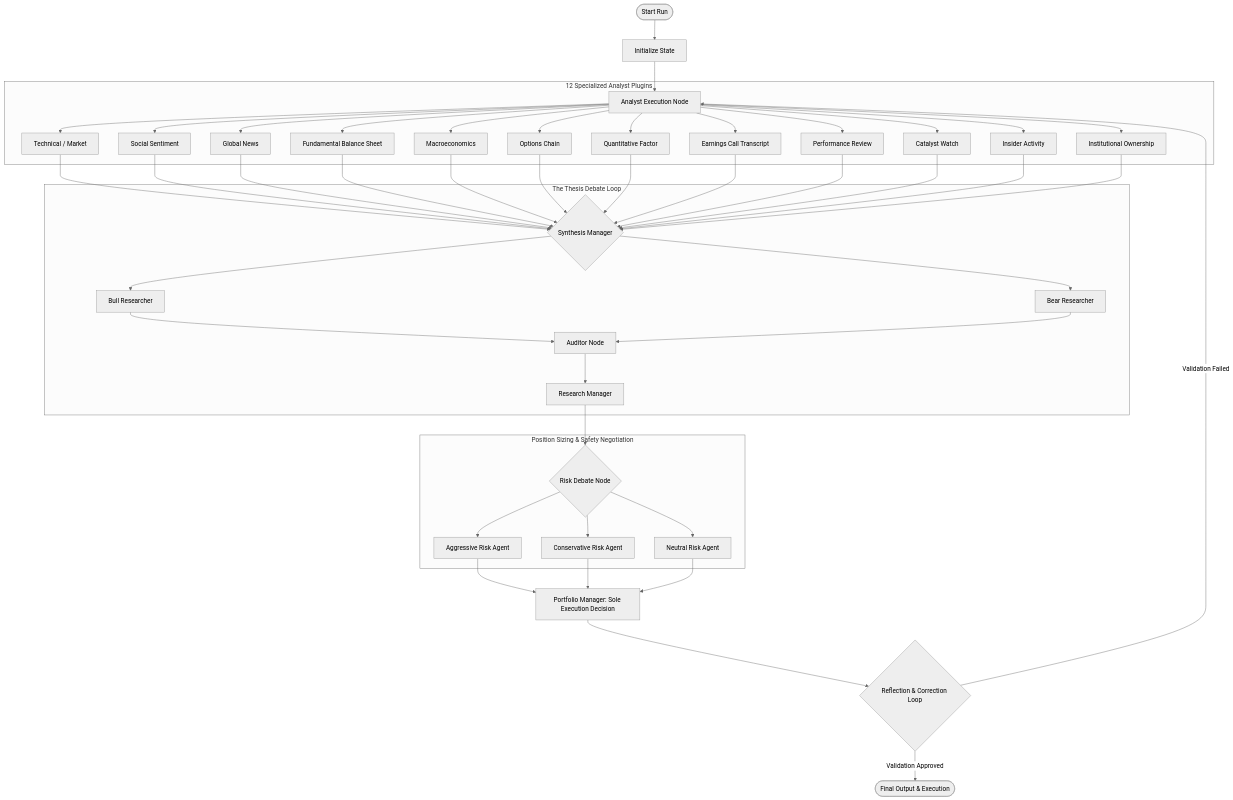
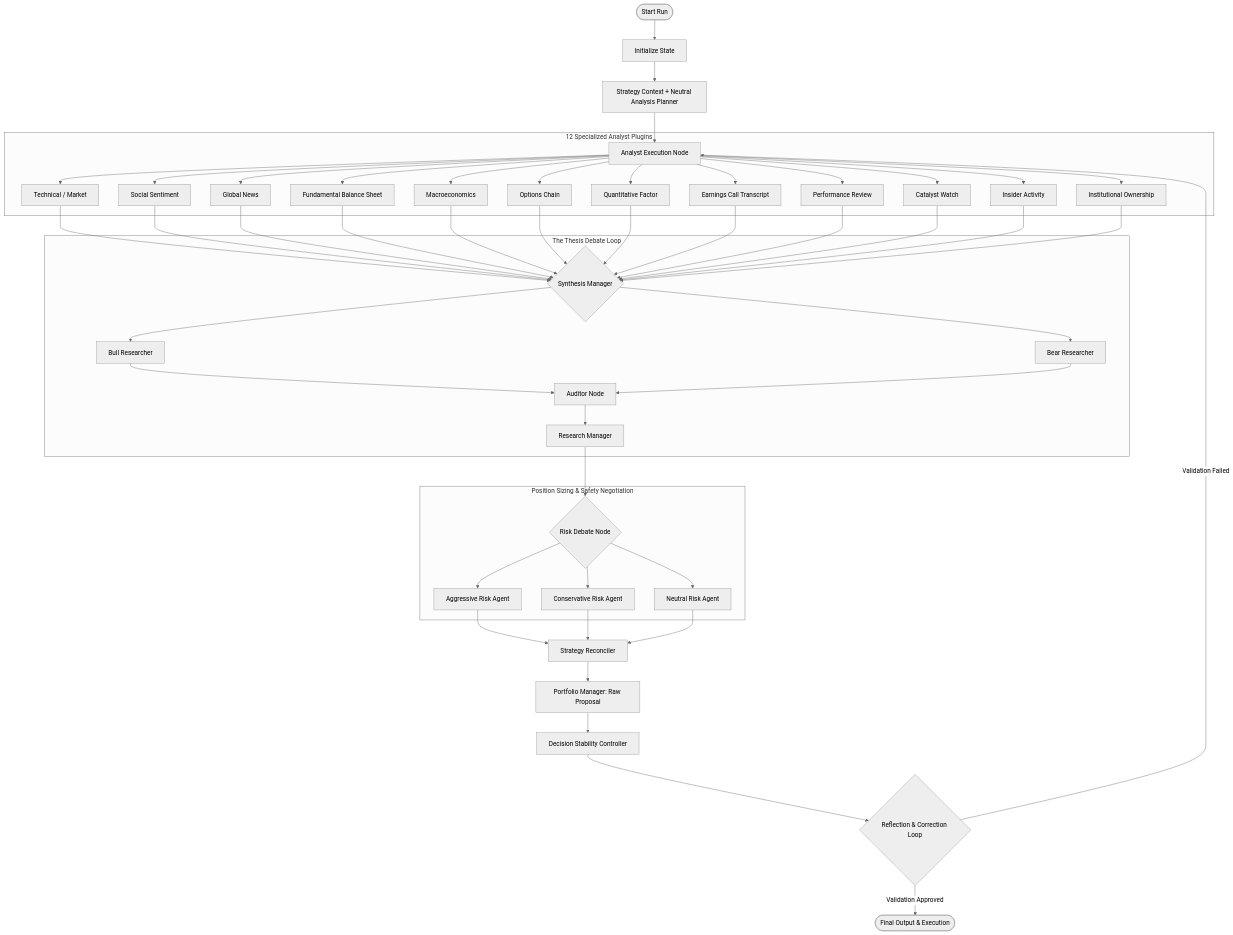
The diagram in backend/trading_agents/README.md (JustSadY/TradingAgents), drawn with Mermaid (neutral theme) before and after one commit. The commit also changed other lines of this file and 73 other files, not shown here.

````diff
--- a/backend/trading_agents/README.md
+++ b/backend/trading_agents/README.md
@@ -13,42 +13,45 @@
 ```mermaid
 graph TD
     Start([Start Run]) --> InitState[Initialize State]
-    InitState --> AnalystExecution[Analyst Execution Node]
+    InitState --> StrategyContext[Strategy Context + Neutral Analysis Planner]
+    StrategyContext --> AnalystExecution[Analyst Execution Node]
     
     subgraph Analysts [12 Specialized Analyst Plugins]
         AnalystExecution --> A1[Technical / Market]
         AnalystExecution --> A2[Social Sentiment]
         AnalystExecution --> A3[Global News]
         AnalystExecution --> A4[Fundamental Balance Sheet]
         AnalystExecution --> A5[Macroeconomics]
         AnalystExecution --> A6[Options Chain]
         AnalystExecution --> A7[Quantitative Factor]
         AnalystExecution --> A8[Earnings Call Transcript]
         AnalystExecution --> A9[Performance Review]
         AnalystExecution --> A10[Catalyst Watch]
         AnalystExecution --> A11[Insider Activity]
         AnalystExecution --> A12[Institutional Ownership]
     end
     
     A1 & A2 & A3 & A4 & A5 & A6 & A7 & A8 & A9 & A10 & A11 & A12 --> SynthesisManager{Synthesis Manager}
     
     subgraph Debate [The Thesis Debate Loop]
         SynthesisManager --> Bull[Bull Researcher]
         SynthesisManager --> Bear[Bear Researcher]
         Bull & Bear --> Auditor[Auditor Node]
         Auditor --> Judge[Research Manager]
     end
     
     Judge --> RiskDebate{Risk Debate Node}
     
     subgraph Risk [Position Sizing & Safety Negotiation]
         RiskDebate --> RA[Aggressive Risk Agent]
         RiskDebate --> RC[Conservative Risk Agent]
         RiskDebate --> RN[Neutral Risk Agent]
     end
     
-    RA & RC & RN --> FinalExecution[Portfolio Manager: Sole Execution Decision]
-    FinalExecution --> Reflection{Reflection & Correction Loop}
+    RA & RC & RN --> Reconciler[Strategy Reconciler]
+    Reconciler --> PM[Portfolio Manager: Raw Proposal]
+    PM --> Stability[Decision Stability Controller]
+    Stability --> Reflection{Reflection & Correction Loop}
     Reflection -->|Validation Failed| AnalystExecution
     Reflection -->|Validation Approved| EndNode([Final Output & Execution])
 ```
````
